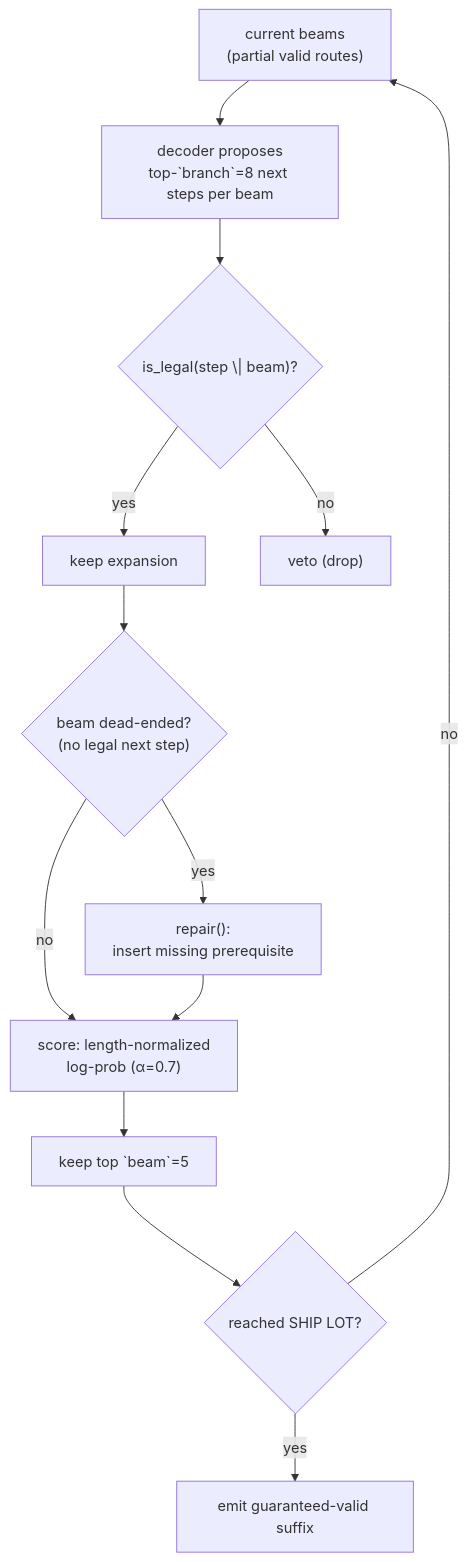
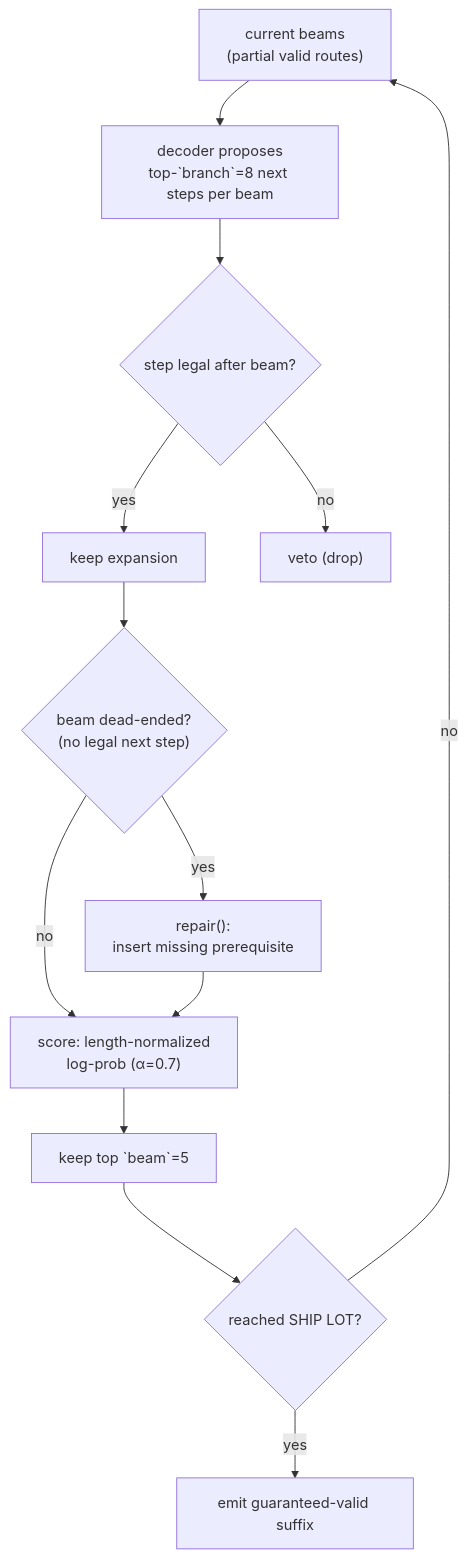
One commit to thuber19/zero_one_hack_01 changed the seventh of 7 diagrams in tracks/industrial-infineon/solution/PROCSEQ_PAPER.md. Above: the diagram before and after it, drawn with Mermaid. The commit also changed other lines of this file, not shown here.

Commit message:
Refine flowchart annotations and improve clarity in PROCSEQ_PAPER.md

````diff
--- a/tracks/industrial-infineon/solution/PROCSEQ_PAPER.md
+++ b/tracks/industrial-infineon/solution/PROCSEQ_PAPER.md
@@ -564,15 +564,15 @@
 ```mermaid
 flowchart TD
     A["current beams<br/>(partial valid routes)"] --> B["decoder proposes<br/>top-`branch`=8 next steps per beam"]
-    B --> C{"is_legal(step \| beam)?"}
+    B --> C{"step legal after beam?"}
     C -->|"yes"| D["keep expansion"]
     C -->|"no"| E["veto (drop)"]
     D --> F{"beam dead-ended?<br/>(no legal next step)"}
     F -->|"yes"| G["repair():<br/>insert missing prerequisite"]
     F -->|"no"| H["score: length-normalized<br/>log-prob (α=0.7)"]
     G --> H
     H --> I["keep top `beam`=5"]
     I --> J{"reached SHIP LOT?"}
     J -->|"no"| A
     J -->|"yes"| K["emit guaranteed-valid suffix"]
 ```
````
